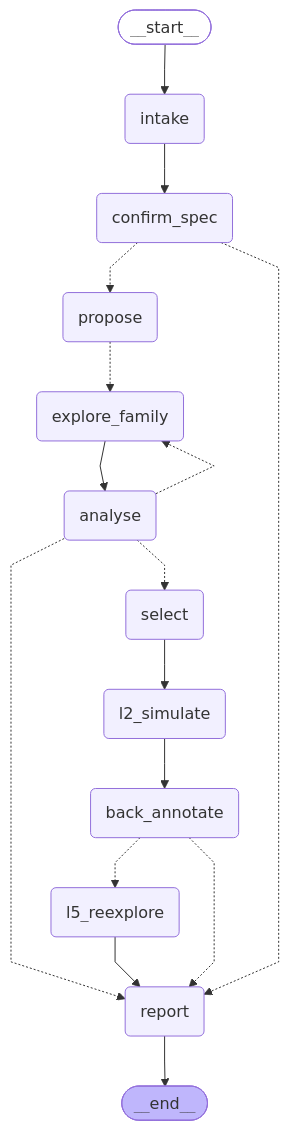
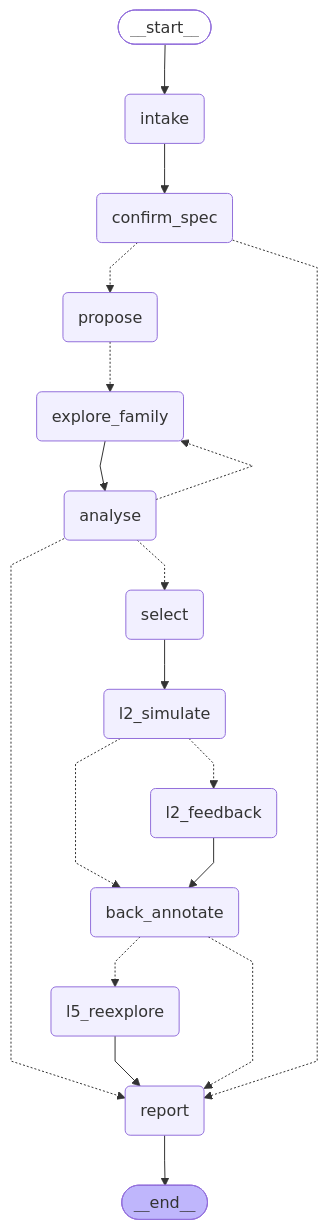
Before and after one commit to BrendanJamesLynskey/HW_Design_Space_Agent: the first of 2 diagrams in README.md, drawn with Mermaid. The commit also changed other lines of this file and 1215 other files, not shown here.

````diff
--- a/README.md
+++ b/README.md
@@ -90,39 +100,41 @@
 ```mermaid
 ---
 config:
   flowchart:
     curve: linear
 ---
 graph TD;
 	__start__([<p>__start__</p>]):::first
 	intake(intake)
 	confirm_spec(confirm_spec)
 	propose(propose)
 	explore_family(explore_family)
 	analyse(analyse)
 	select(select)
 	l2_simulate(l2_simulate)
+	l2_feedback(l2_feedback)
 	back_annotate(back_annotate)
 	l5_reexplore(l5_reexplore)
 	report(report)
 	__end__([<p>__end__</p>]):::last
 	__start__ --> intake;
 	analyse -.-> explore_family;
 	analyse -.-> report;
 	analyse -.-> select;
 	back_annotate -.-> l5_reexplore;
 	back_annotate -.-> report;
 	confirm_spec -.-> propose;
 	confirm_spec -.-> report;
 	explore_family --> analyse;
 	intake --> confirm_spec;
-	l2_simulate --> back_annotate;
+	l2_feedback --> back_annotate;
+	l2_simulate -.-> back_annotate;
+	l2_simulate -.-> l2_feedback;
 	l5_reexplore --> report;
 	propose -.-> explore_family;
 	select --> l2_simulate;
 	report --> __end__;
 	classDef default fill:#f2f0ff,line-height:1.2
 	classDef first fill-opacity:0
 	classDef last fill:#bfb6fc
-
 ```
````
